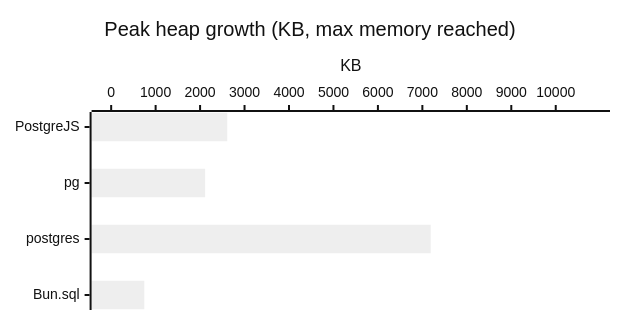
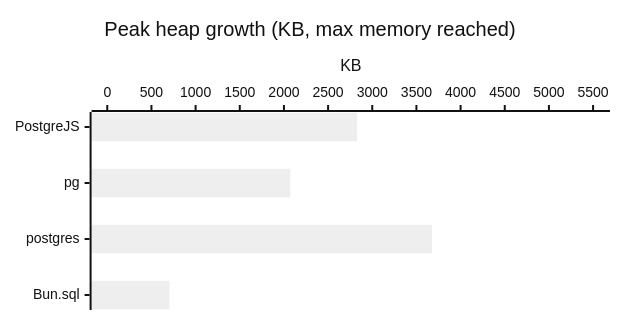
The third of 56 diagrams in docs/getting-started/benchmarks-bun.md (panates/postgrejs-doc), drawn with Mermaid (neutral theme) before and after one commit. The commit also changed other lines of this file and 24 other files, not shown here.

````diff
--- a/docs/getting-started/benchmarks-bun.md
+++ b/docs/getting-started/benchmarks-bun.md
@@ -129,8 +129,8 @@
 ```mermaid
 %%{init: {'xyChart': {'width': 600, 'height': 300, 'chartOrientation': 'horizontal'}}}%%
 xychart-beta
     title "Peak heap growth (KB, max memory reached)"
     x-axis ["PostgreJS", "pg", "postgres", "Bun.sql"]
-    y-axis "KB" 0.0000 --> 10780.2202
-    bar [2610.9473, 2113.9053, 7186.8135, 745.7012]
+    y-axis "KB" 0.0000 --> 5514.0601
+    bar [2828.6631, 2072.0137, 3676.0400, 704.6162]
 ```
````
